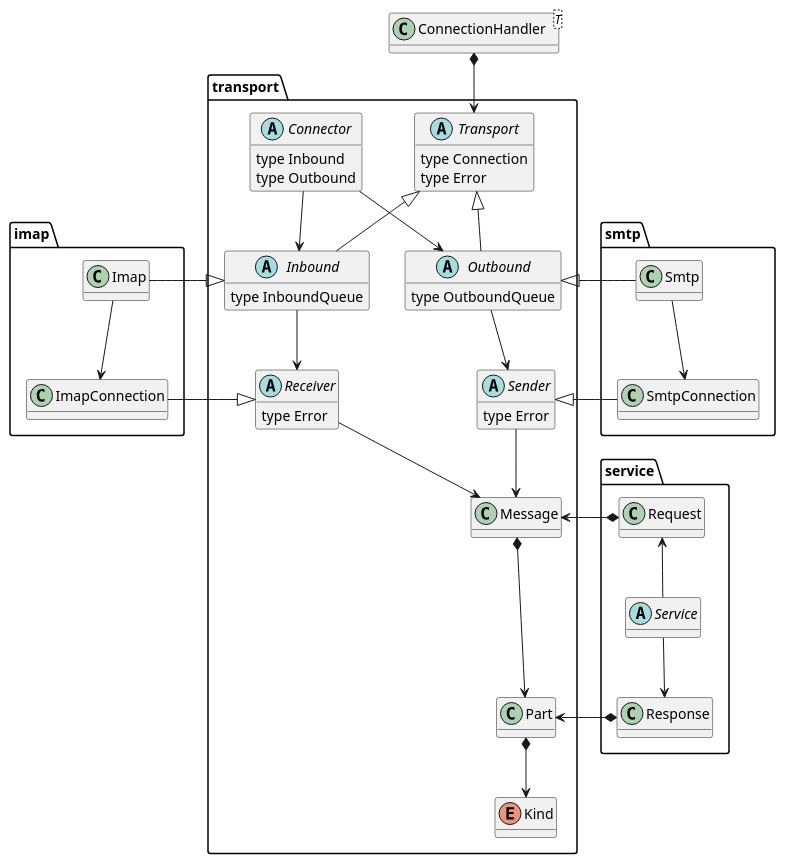
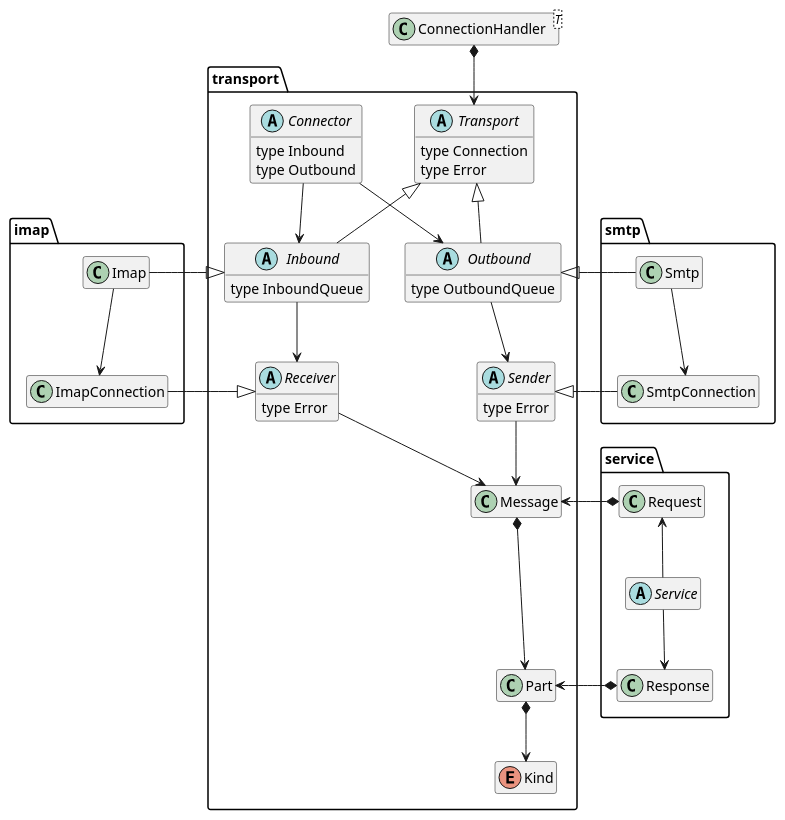
One commit to lemunozm/mailfred changed the diagram in docs/diagrams.md. Above: the diagram before and after it, drawn with PlantUML. The commit also changed 1 other file, not shown here.

Commit message:
minor change

````diff
--- a/docs/diagrams.md
+++ b/docs/diagrams.md
@@ -1,6 +1,6 @@
 ```plantuml
 @startuml
-hide methods
+hide empty members
 
 package transport {
     abstract Connector {
````
